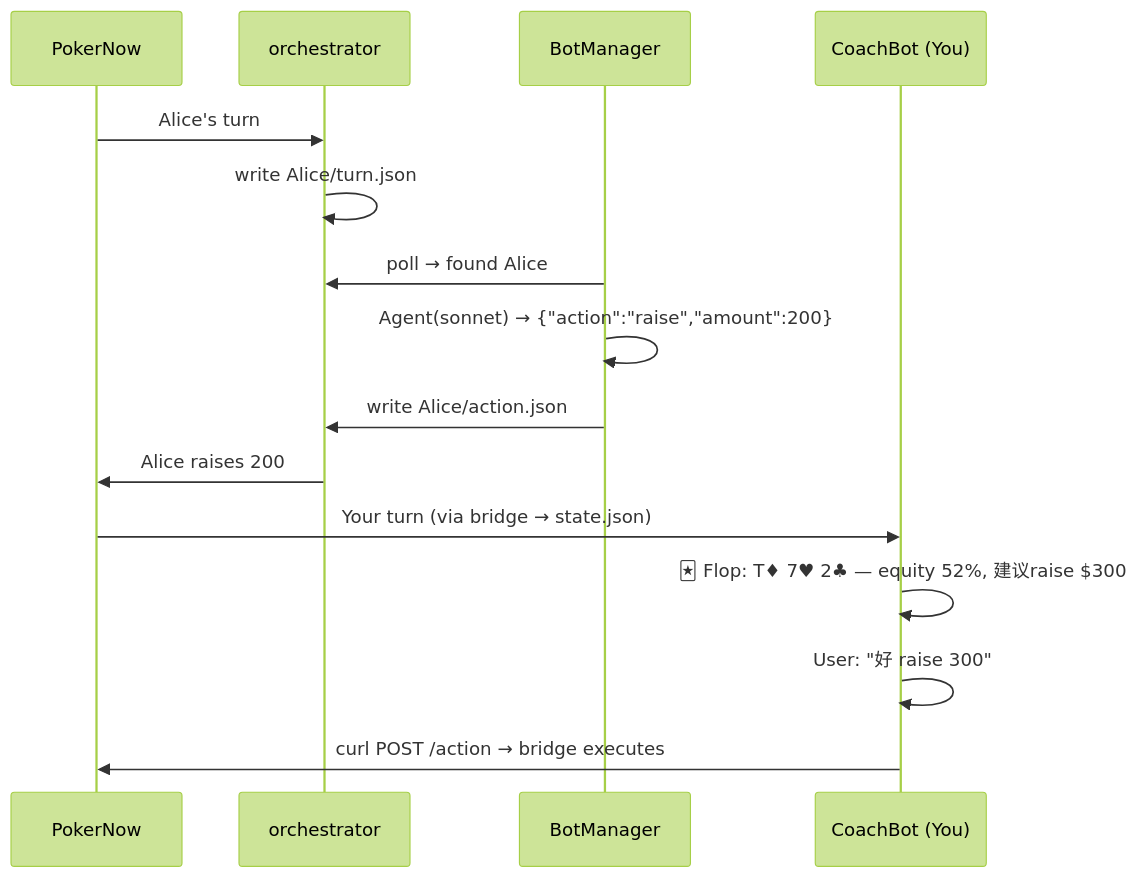
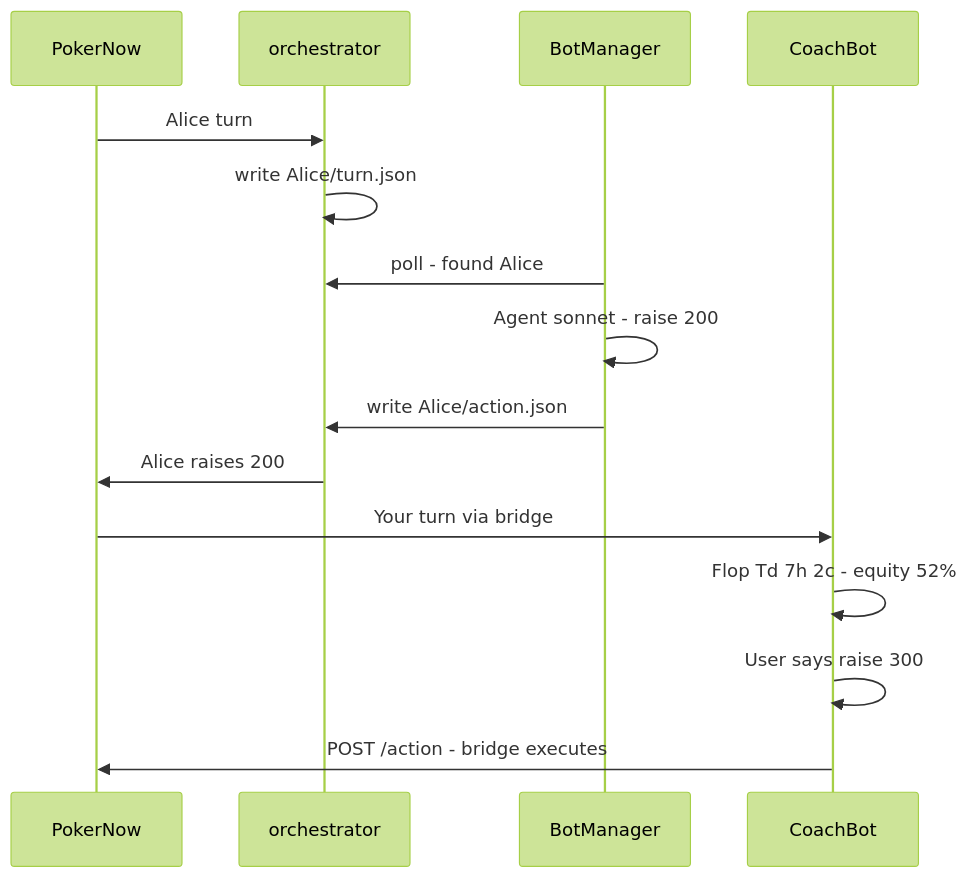
Before and after one commit to Trust-App-AI-Lab/PokerBot: the second of 3 diagrams in README.md, drawn with Mermaid (forest theme). The commit also changed other lines of this file, not shown here.

First line of the commit message:
Fix mermaid diagram rendering on GitHub

````diff
--- a/README.md
+++ b/README.md
@@ -126,19 +129,19 @@
 ```mermaid
 sequenceDiagram
     participant PN as PokerNow
     participant Orch as orchestrator
     participant BM as BotManager
-    participant CC as CoachBot (You)
+    participant CC as CoachBot
 
-    PN->>Orch: Alice's turn
+    PN->>Orch: Alice turn
     Orch->>Orch: write Alice/turn.json
-    BM->>Orch: poll → found Alice
-    BM->>BM: Agent(sonnet) → {"action":"raise","amount":200}
+    BM->>Orch: poll - found Alice
+    BM->>BM: Agent sonnet - raise 200
     BM->>Orch: write Alice/action.json
     Orch->>PN: Alice raises 200
 
-    PN->>CC: Your turn (via bridge → state.json)
-    CC->>CC: 🃏 Flop: T♦ 7♥ 2♣ — equity 52%, 建议raise $300
-    CC->>CC: User: "好 raise 300"
-    CC->>PN: curl POST /action → bridge executes
+    PN->>CC: Your turn via bridge
+    CC->>CC: Flop Td 7h 2c - equity 52%
+    CC->>CC: User says raise 300
+    CC->>PN: POST /action - bridge executes
 ```
````
